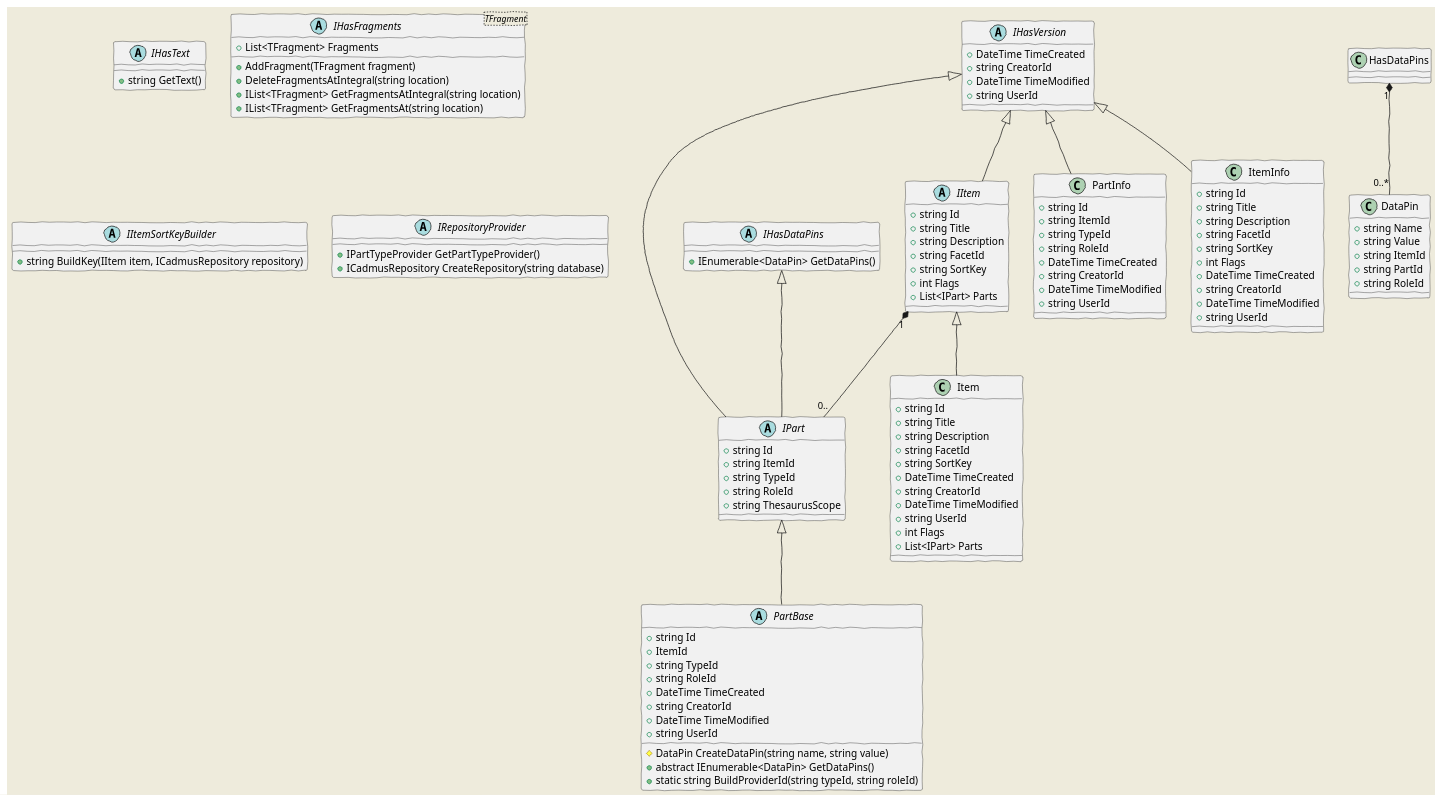
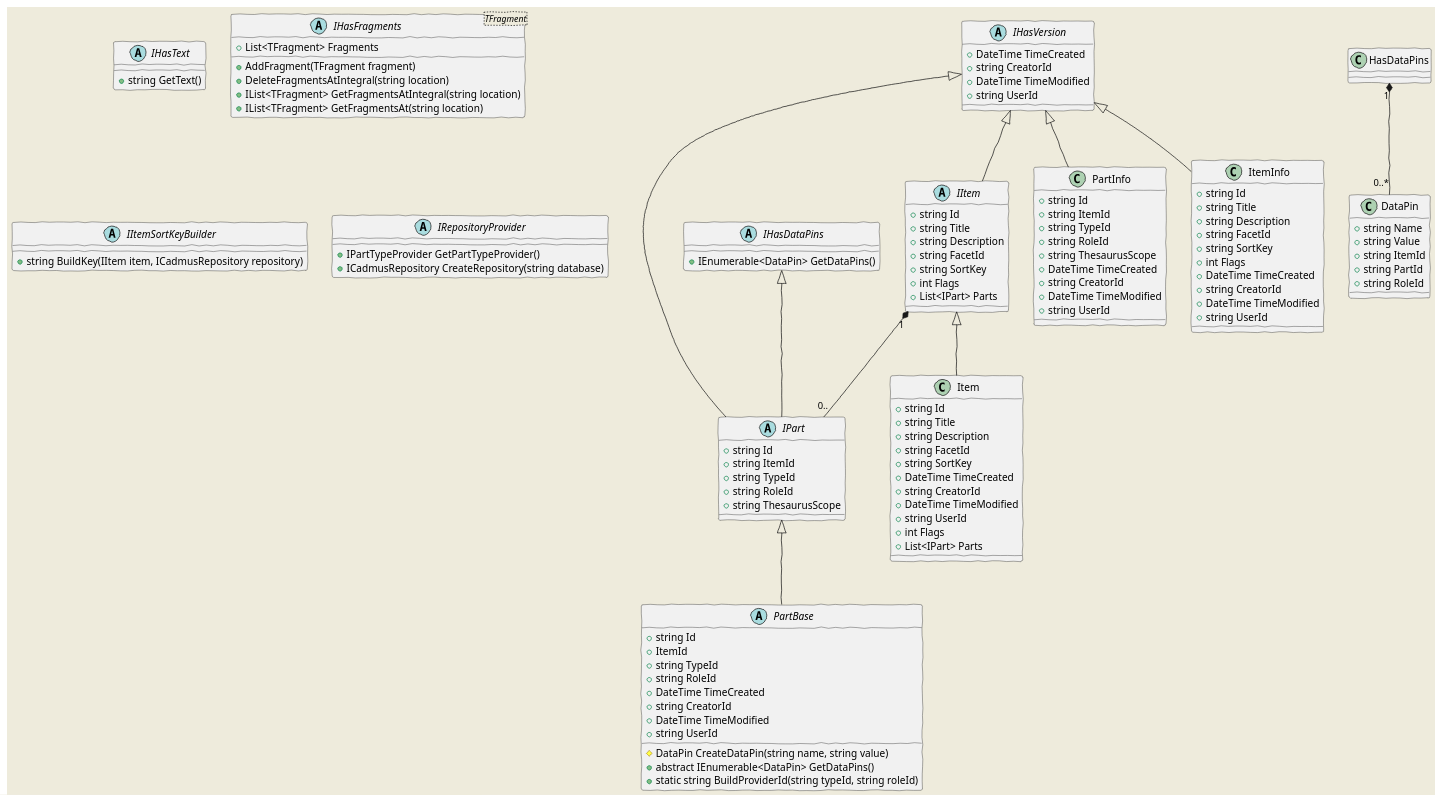
One commit to vedph/cadmus_core changed the first of 4 diagrams in Doc/core.md. Above: the diagram before and after it, drawn with PlantUML. The commit also changed other lines of this file and 7 other files, not shown here.

Commit message:
Added SetPartThesaurusScope to repo

```diff
--- a/Doc/core.md
+++ b/Doc/core.md
@@ -88,6 +88,7 @@
     PartInfo : +string ItemId
     PartInfo : +string TypeId
     PartInfo : +string RoleId
+    PartInfo : +string ThesaurusScope
     PartInfo : +DateTime TimeCreated
     PartInfo : +string CreatorId
     PartInfo : +DateTime TimeModified
```
